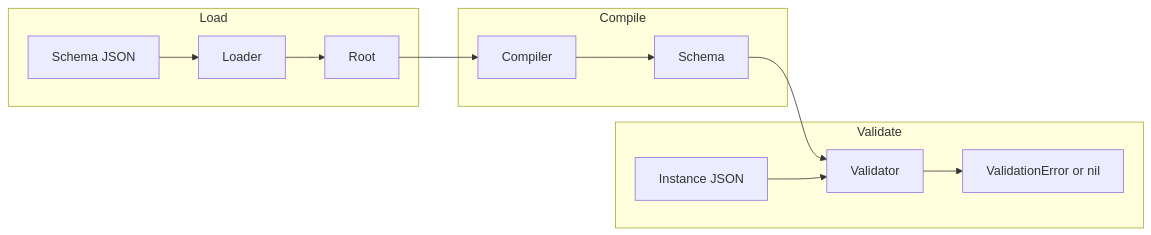
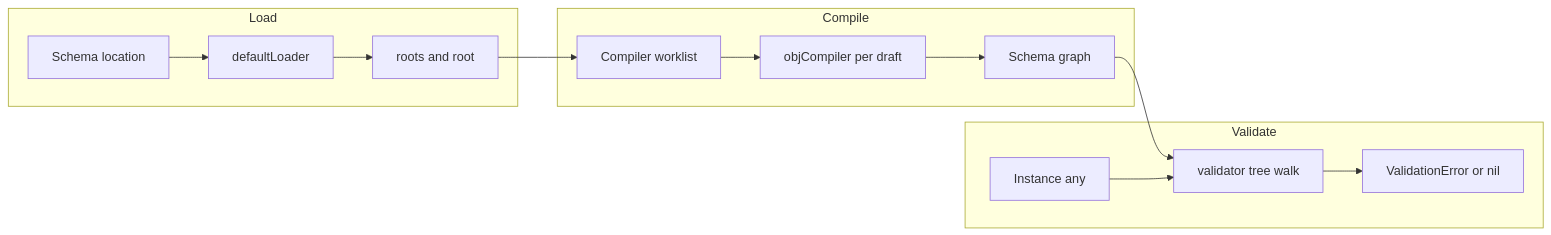
Before and after one commit to goddtriffin/json-schema-rs: the first of 2 diagrams in research/reports/go/santhosh-tekuri-jsonschema.md, drawn with Mermaid. The commit also changed other lines of this file and 51 other files, not shown here.

````diff
--- a/research/reports/go/santhosh-tekuri-jsonschema.md
+++ b/research/reports/go/santhosh-tekuri-jsonschema.md
@@ -93,24 +101,26 @@
 ```mermaid
 flowchart LR
   subgraph load [Load]
-    SchemaInput[Schema JSON]
-    Loader[Loader]
-    Root[Root]
+    SchemaInput[Schema location]
+    Loader[defaultLoader]
+    Roots[roots and root]
     SchemaInput --> Loader
-    Loader --> Root
+    Loader --> Roots
   end
   subgraph compile [Compile]
-    Compiler[Compiler]
-    Schema[Schema]
-    Root --> Compiler
-    Compiler --> Schema
+    Compiler[Compiler worklist]
+    ObjCompiler[objCompiler per draft]
+    SchemaGraph[Schema graph]
+    Roots --> Compiler
+    Compiler --> ObjCompiler
+    ObjCompiler --> SchemaGraph
   end
   subgraph validate [Validate]
-    InstanceInput[Instance JSON]
-    Validator[Validator]
-    Errors[ValidationError or nil]
-    Schema --> Validator
+    InstanceInput[Instance any]
+    Validator[validator tree walk]
+    Errors["ValidationError or nil"]
+    SchemaGraph --> Validator
     InstanceInput --> Validator
     Validator --> Errors
   end
 ```
````
